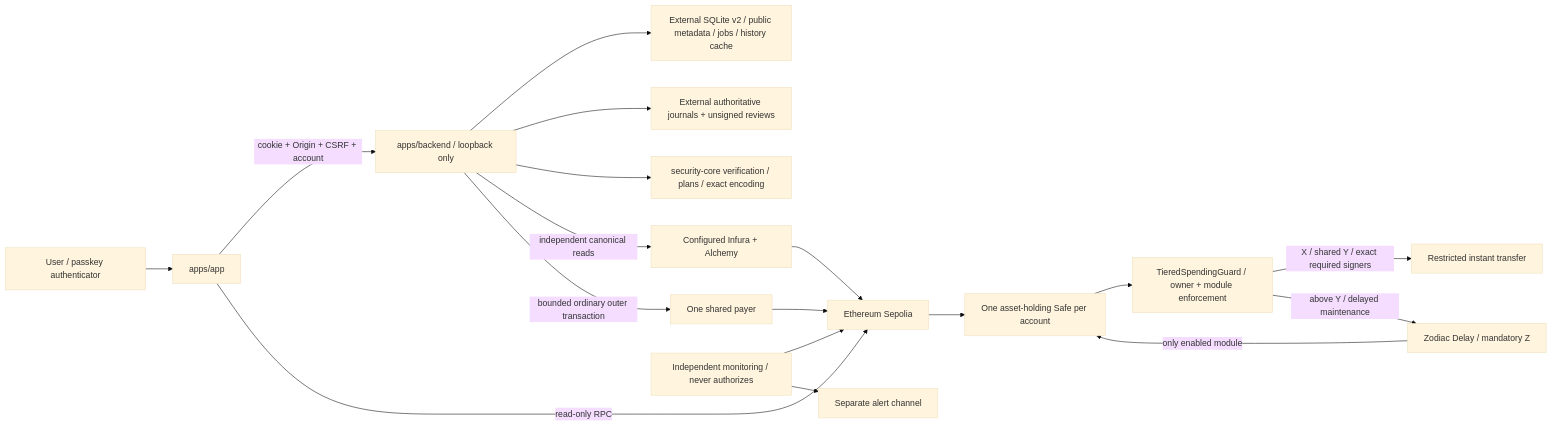
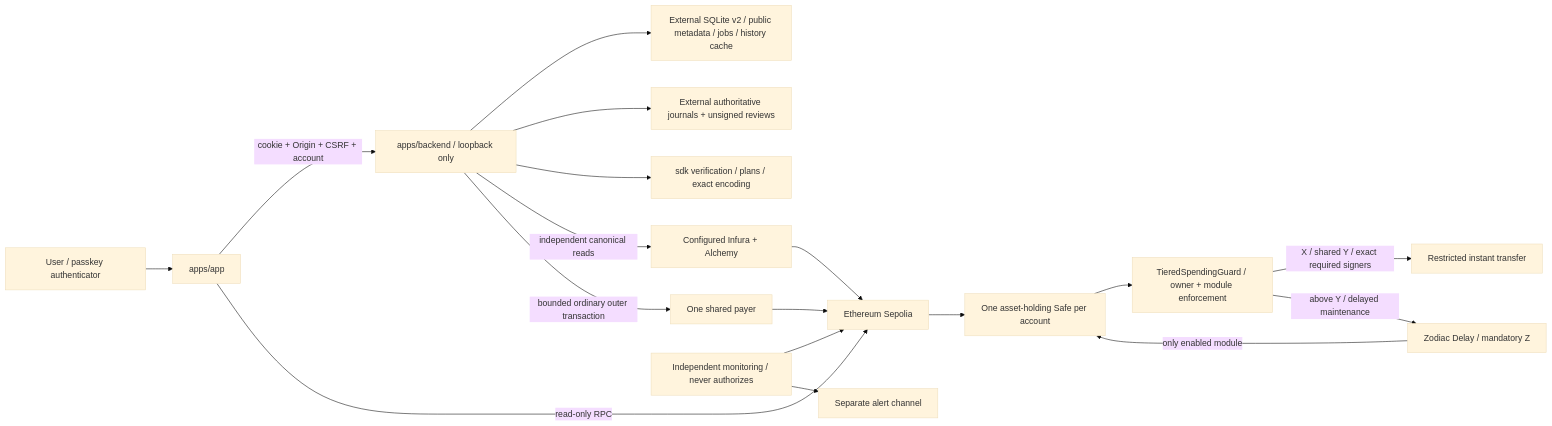
Before and after one commit to vibern0/tiered-spending-guard: the first of 2 diagrams in docs/codebase-map.md, drawn with Mermaid (base theme). The commit also changed other lines of this file and 684 other files, not shown here.

First line of the commit message:
refactor: split core SDK and clean backend (#13)

````diff
--- a/docs/codebase-map.md
+++ b/docs/codebase-map.md
@@ -25,20 +29,20 @@
 ```mermaid
 flowchart LR
     User["User / passkey authenticator"] --> Wallet["apps/app"]
     Wallet -->|"cookie + Origin + CSRF + account"| API["apps/backend / loopback only"]
     Wallet -->|"read-only RPC"| Chain["Ethereum Sepolia"]
     API --> Store["External SQLite v2 / public metadata / jobs / history cache"]
     API --> Evidence["External authoritative journals + unsigned reviews"]
-    API --> Core["security-core verification / plans / exact encoding"]
+    API --> Core["sdk verification / plans / exact encoding"]
     API -->|"independent canonical reads"| Readers["Configured Infura + Alchemy"]
     API -->|"bounded ordinary outer transaction"| Payer["One shared payer"]
     Readers --> Chain
     Payer --> Chain
     Chain --> Safe["One asset-holding Safe per account"]
     Safe --> Guard["TieredSpendingGuard / owner + module enforcement"]
     Guard -->|"X / shared Y / exact required signers"| Transfer["Restricted instant transfer"]
     Guard -->|"above Y / delayed maintenance"| Delay["Zodiac Delay / mandatory Z"]
     Delay -->|"only enabled module"| Safe
     Monitor["Independent monitoring / never authorizes"] --> Chain
     Monitor --> Alerts["Separate alert channel"]
 ```
````
